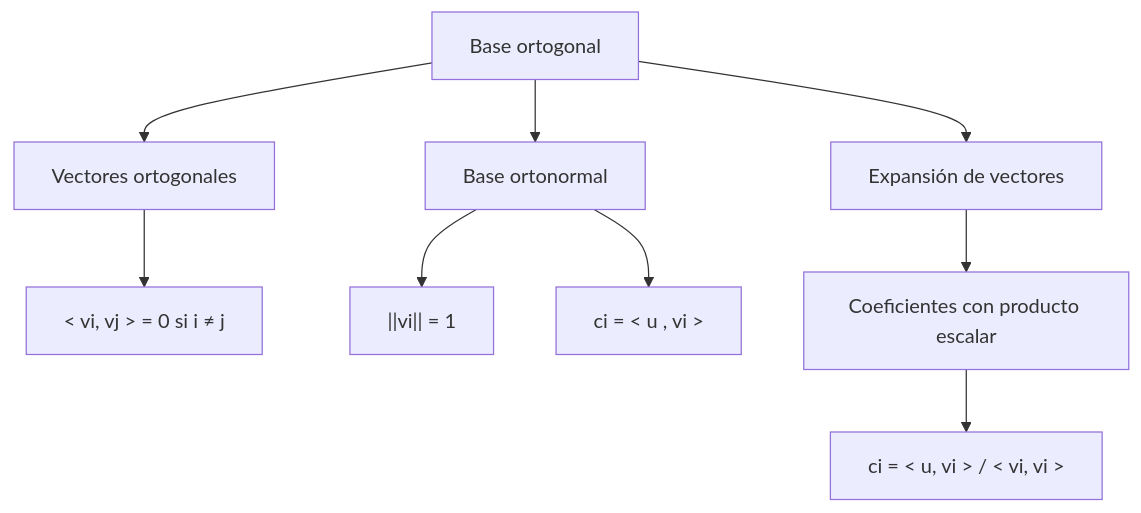
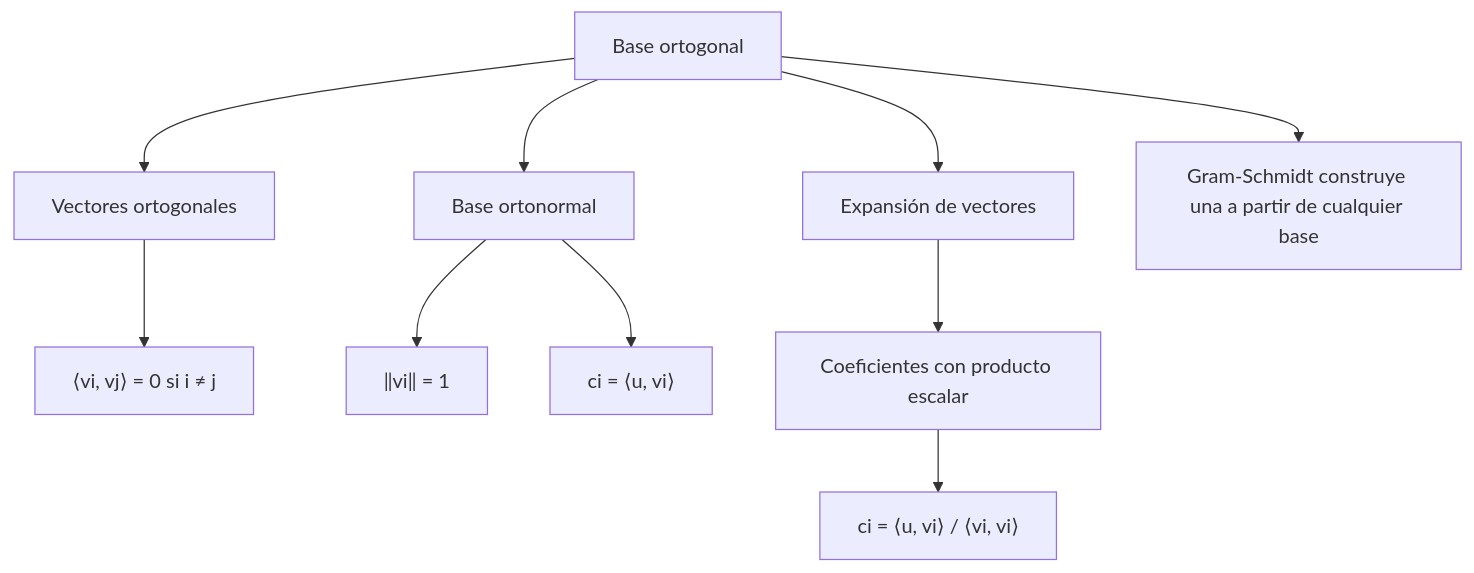
Before and after one commit to djaimej/computer-science-template: the diagram in public/documents/semester-3/1/3155.md, drawn with Mermaid. The commit also changed other lines of this file and 34 other files, not shown here.

````diff
--- a/public/documents/semester-3/1/3155.md
+++ b/public/documents/semester-3/1/3155.md
@@ -144,11 +204,12 @@
 ```mermaid
 graph TD
     A[Base ortogonal] --> B[Vectores ortogonales]
     A --> C[Base ortonormal]
     A --> D[Expansión de vectores]
-    B --> E[< vi, vj > = 0 si i ≠ j]
-    C --> F["||vi|| = 1"]
+    B --> E["⟨vi, vj⟩ = 0 si i ≠ j"]
+    C --> F["‖vi‖ = 1"]
     D --> G[Coeficientes con producto escalar]
-    G --> H[ci = < u, vi > / < vi, vi >]
-    C --> I[ci = < u , vi >]
+    G --> H["ci = ⟨u, vi⟩ / ⟨vi, vi⟩"]
+    C --> I["ci = ⟨u, vi⟩"]
+    A --> J[Gram-Schmidt construye una a partir de cualquier base]
 ```
````
